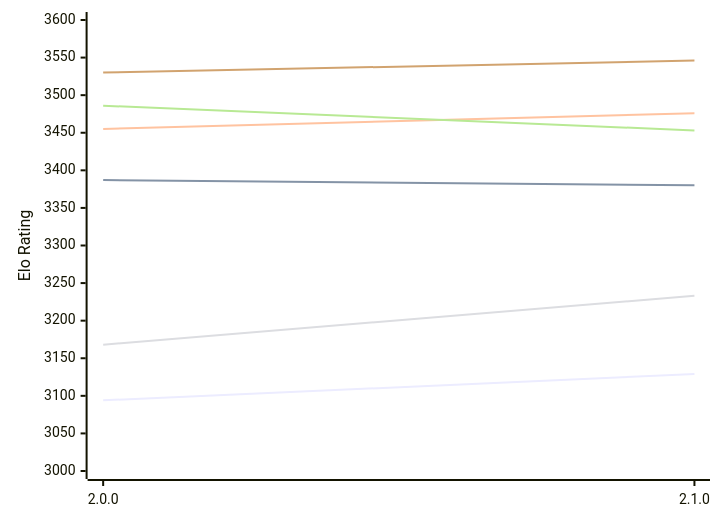
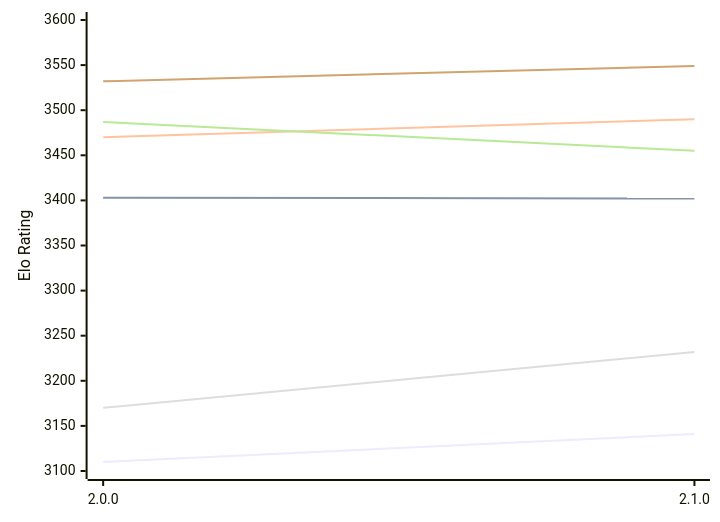
Before and after one commit to computer-chess-index/cci: the diagram in engines/Sapling.md, drawn with Mermaid. The commit also changed other lines of this file, not shown here.

Commit message:
Update CCI Ratings (ELO VLTC) - 2026-11-11

````diff
--- a/engines/Sapling.md
+++ b/engines/Sapling.md
@@ -49,12 +49,12 @@
 ```mermaid
 %%{init: {"theme":"base","themeVariables":{"seriesColors:['#a3a3a3','#222221','#faa371']}}}%%
 xychart-beta
   x-axis ["2.0.0", "2.1.0"]
-  y-axis "Elo Rating" 3000 --> 3600
-  line "E1: STC (8.0+0.08s)" [3094, 3129]
-  line "E1: LTC (60.0+0.60s)" [3387, 3380]
-  line "E1: VLTC (2m24s+1.12s)" [3455, 3476]
-  line "P1: STC (8.0+0.08s)" [3168, 3233]
-  line "P1: LTC (60.0+0.60s)" [3486, 3453]
-  line "P1: VLTC (2m24s+1.12s)" [3530, 3546]
+  y-axis "Elo Rating" 3100 --> 3600
+  line "E1: STC (8.0+0.08s)" [3110, 3141]
+  line "E1: LTC (60.0+0.60s)" [3403, 3402]
+  line "E1: VLTC (2m24s+1.12s)" [3470, 3490]
+  line "P1: STC (8.0+0.08s)" [3170, 3232]
+  line "P1: LTC (60.0+0.60s)" [3487, 3455]
+  line "P1: VLTC (2m24s+1.12s)" [3532, 3549]
 ```
````
